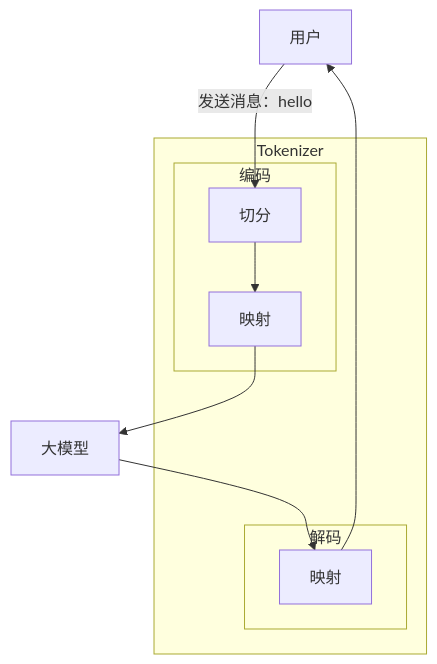
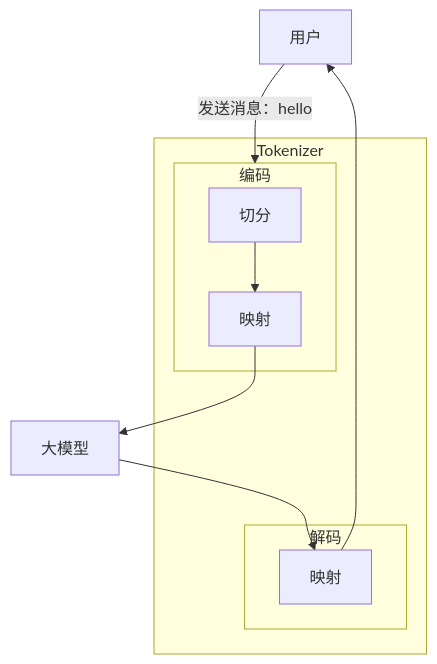
Before and after one commit to wangxiaoqi0123/iodraw-files: the diagram in all/未命名.md, drawn with Mermaid.

Commit message:
2026-04-09 16:57:47 update

````diff
--- a/all/未命名.md
+++ b/all/未命名.md
@@ -1,28 +1,28 @@
 ```mermaid
 flowchart 
     U[用户]
     M[大模型]
 
     %% 外层包裹：文本处理阶段
     subgraph Pipeline[Tokenizer]
         
         %% 编码模块
         subgraph Encoder[编码]
             E1[切分]
             E2[映射]
         end
 
         %% 解码模块
         subgraph Decoder[解码]
             D1[映射]
         end
 
     end
 
     %% 流程连接
-    U -- 发送消息：hello --> E1
+    U -- 发送消息：hello --> Encoder
     E1 --> E2
     E2 --> M
     M --> D1
     D1 --> U
 ```
````
